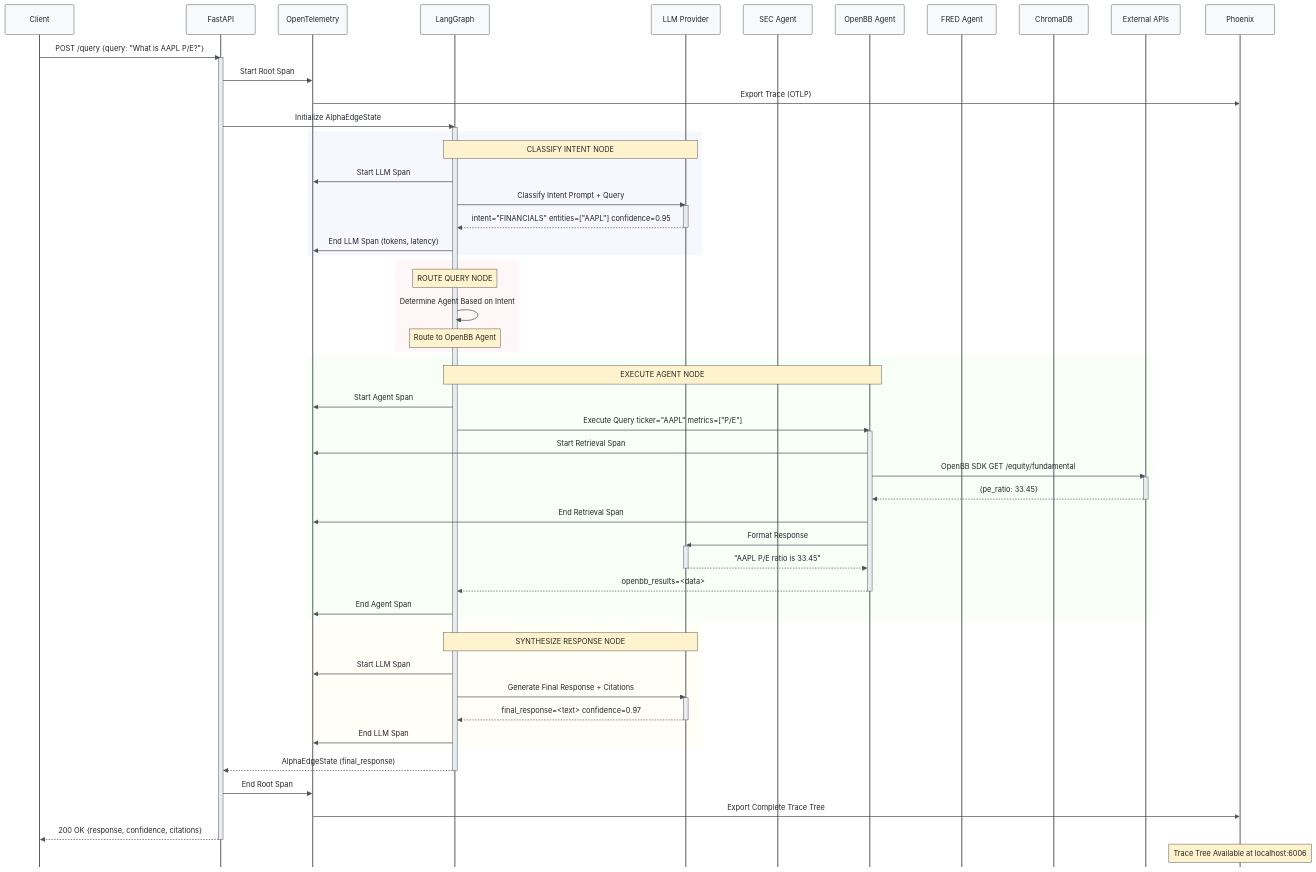
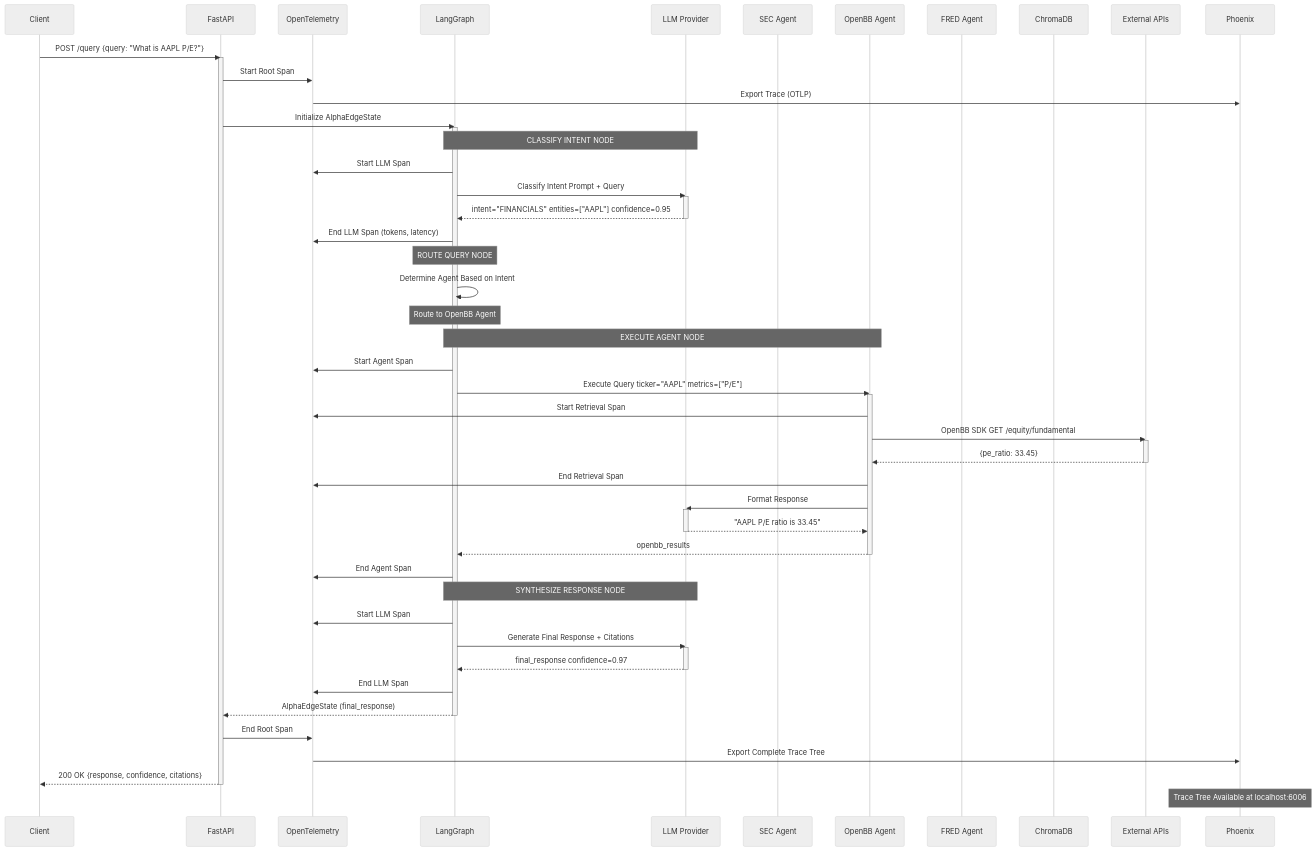
The second of 3 diagrams in README.md (kaushikkumarkr/AlphaEdge), drawn with Mermaid before and after one commit. The commit also changed other lines of this file, not shown here.

Commit message:
docs: update README.md with recent changes

````diff
--- a/README.md
+++ b/README.md
@@ -276,5 +261,5 @@
 ```mermaid
-%%{init: {'theme': 'base', 'themeVariables': {'primaryColor':'#f8f9fa', 'primaryTextColor':'#212529', 'primaryBorderColor':'#495057', 'lineColor':'#495057', 'background':'#ffffff', 'actorBkg':'#f8f9fa', 'actorBorder':'#495057', 'actorTextColor':'#212529', 'actorLineColor':'#495057', 'signalColor':'#495057', 'signalTextColor':'#212529', 'labelBoxBkgColor':'#f8f9fa', 'labelBoxBorderColor':'#495057', 'labelTextColor':'#212529', 'loopTextColor':'#212529', 'noteBorderColor':'#495057', 'noteBkgColor':'#fff3cd', 'noteTextColor':'#212529', 'activationBorderColor':'#495057', 'activationBkgColor':'#e9ecef', 'sequenceNumberColor':'#fff'}, 'sequence': {'mirrorActors': false}}}%%
+%%{init: {'theme': 'neutral'}}%%
 sequenceDiagram
     participant C as Client
     participant API as FastAPI
@@ -297,54 +282,46 @@
     API->>LG: Initialize AlphaEdgeState
     activate LG
 
-    rect rgba(240, 240, 255, 0.5)
-        Note over LG,LLM: CLASSIFY INTENT NODE
-        LG->>OTEL: Start LLM Span
-        LG->>LLM: Classify Intent Prompt + Query
-        activate LLM
-        LLM-->>LG: intent="FINANCIALS" entities=["AAPL"] confidence=0.95
-        deactivate LLM
-        LG->>OTEL: End LLM Span (tokens, latency)
-    end
+    Note over LG,LLM: CLASSIFY INTENT NODE
+    LG->>OTEL: Start LLM Span
+    LG->>LLM: Classify Intent Prompt + Query
+    activate LLM
+    LLM-->>LG: intent="FINANCIALS" entities=["AAPL"] confidence=0.95
+    deactivate LLM
+    LG->>OTEL: End LLM Span (tokens, latency)
 
-    rect rgba(255, 240, 240, 0.5)
-        Note over LG: ROUTE QUERY NODE
-        LG->>LG: Determine Agent Based on Intent
-        Note over LG: Route to OpenBB Agent
-    end
+    Note over LG: ROUTE QUERY NODE
+    LG->>LG: Determine Agent Based on Intent
+    Note over LG: Route to OpenBB Agent
 
-    rect rgba(240, 255, 240, 0.5)
-        Note over LG,OBB: EXECUTE AGENT NODE
-        LG->>OTEL: Start Agent Span
-        LG->>OBB: Execute Query ticker="AAPL" metrics=["P/E"]
-        activate OBB
+    Note over LG,OBB: EXECUTE AGENT NODE
+    LG->>OTEL: Start Agent Span
+    LG->>OBB: Execute Query ticker="AAPL" metrics=["P/E"]
+    activate OBB
 
-        OBB->>OTEL: Start Retrieval Span
-        OBB->>EXT: OpenBB SDK GET /equity/fundamental
-        activate EXT
-        EXT-->>OBB: {pe_ratio: 33.45}
-        deactivate EXT
-        OBB->>OTEL: End Retrieval Span
+    OBB->>OTEL: Start Retrieval Span
+    OBB->>EXT: OpenBB SDK GET /equity/fundamental
+    activate EXT
+    EXT-->>OBB: {pe_ratio: 33.45}
+    deactivate EXT
+    OBB->>OTEL: End Retrieval Span
 
-        OBB->>LLM: Format Response
-        activate LLM
-        LLM-->>OBB: "AAPL P/E ratio is 33.45"
-        deactivate LLM
+    OBB->>LLM: Format Response
+    activate LLM
+    LLM-->>OBB: "AAPL P/E ratio is 33.45"
+    deactivate LLM
 
-        OBB-->>LG: openbb_results=<data>
-        deactivate OBB
-        LG->>OTEL: End Agent Span
-    end
+    OBB-->>LG: openbb_results
+    deactivate OBB
+    LG->>OTEL: End Agent Span
 
-    rect rgba(255, 255, 240, 0.5)
-        Note over LG,LLM: SYNTHESIZE RESPONSE NODE
-        LG->>OTEL: Start LLM Span
-        LG->>LLM: Generate Final Response + Citations
-        activate LLM
-        LLM-->>LG: final_response=<text> confidence=0.97
-        deactivate LLM
-        LG->>OTEL: End LLM Span
-    end
+    Note over LG,LLM: SYNTHESIZE RESPONSE NODE
+    LG->>OTEL: Start LLM Span
+    LG->>LLM: Generate Final Response + Citations
+    activate LLM
+    LLM-->>LG: final_response confidence=0.97
+    deactivate LLM
+    LG->>OTEL: End LLM Span
 
     LG-->>API: AlphaEdgeState (final_response)
     deactivate LG
````
